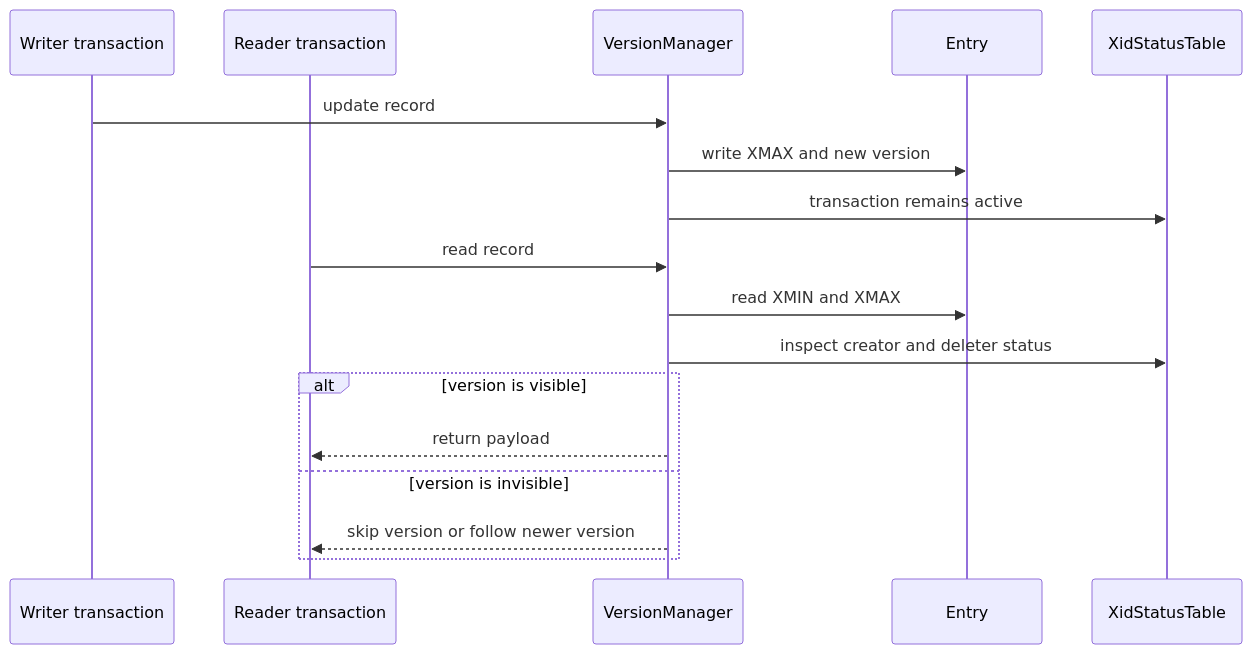
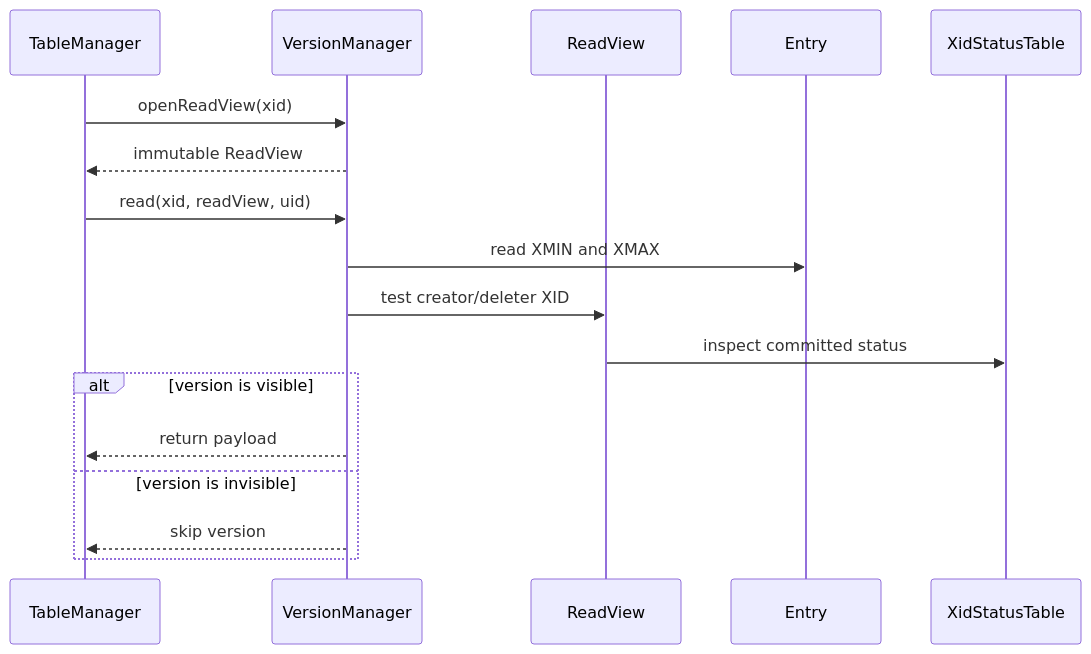
The fifth of 8 diagrams in docs/architecture/06-runtime.md (SarekCuimian/minisql), drawn with Mermaid before and after one commit. The commit also changed other lines of this file and 29 other files, not shown here.

````diff
--- a/docs/architecture/06-runtime.md
+++ b/docs/architecture/06-runtime.md
@@ -120,20 +134,20 @@
 ```mermaid
 sequenceDiagram
-    participant W as Writer transaction
-    participant R as Reader transaction
+    participant T as TableManager
     participant V as VersionManager
+    participant R as ReadView
     participant E as Entry
     participant X as XidStatusTable
 
-    W->>V: update record
-    V->>E: write XMAX and new version
-    V->>X: transaction remains active
-    R->>V: read record
+    T->>V: openReadView(xid)
+    V-->>T: immutable ReadView
+    T->>V: read(xid, readView, uid)
     V->>E: read XMIN and XMAX
-    V->>X: inspect creator and deleter status
+    V->>R: test creator/deleter XID
+    R->>X: inspect committed status
     alt version is visible
-        V-->>R: return payload
+        V-->>T: return payload
     else version is invisible
-        V-->>R: skip version or follow newer version
+        V-->>T: skip version
     end
 ```
````
